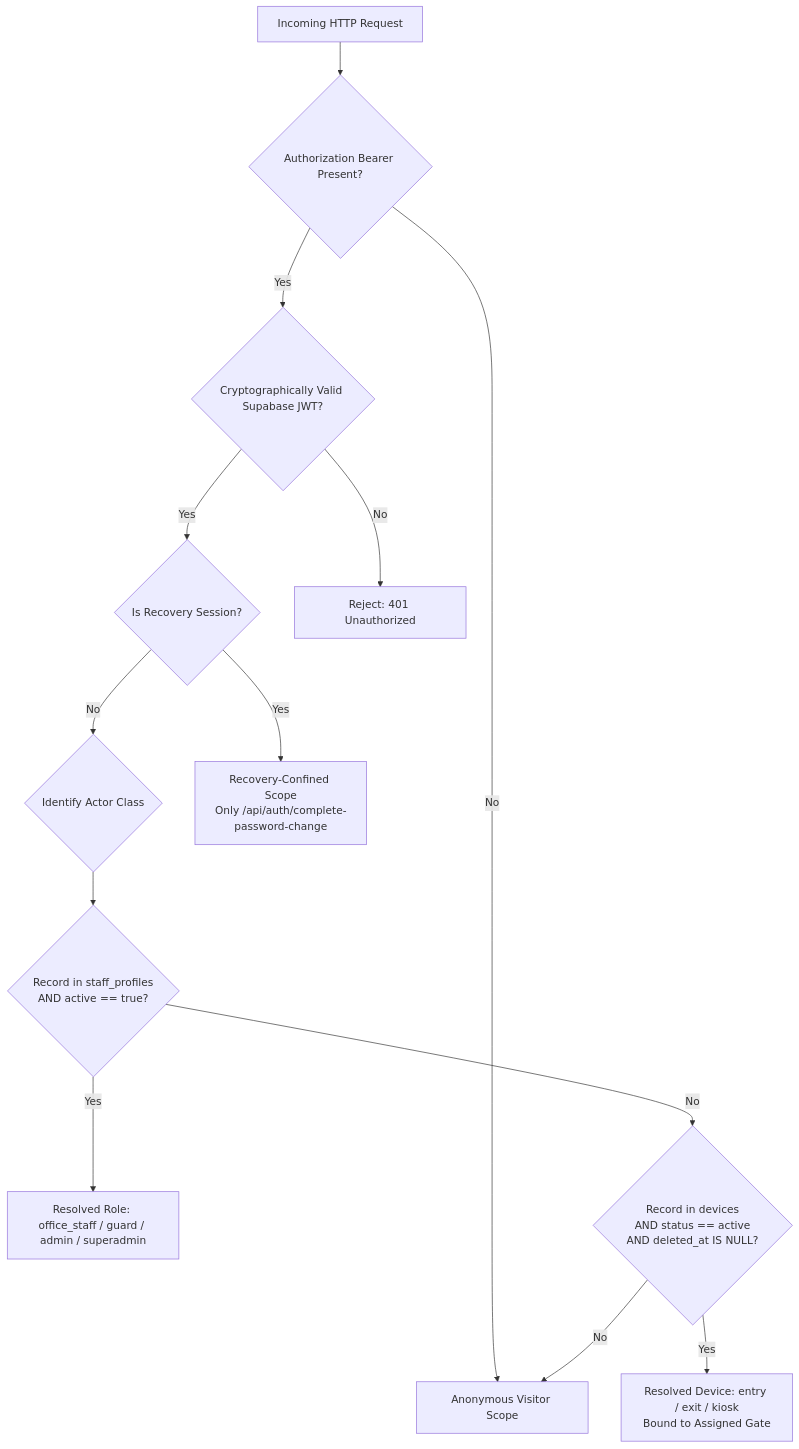
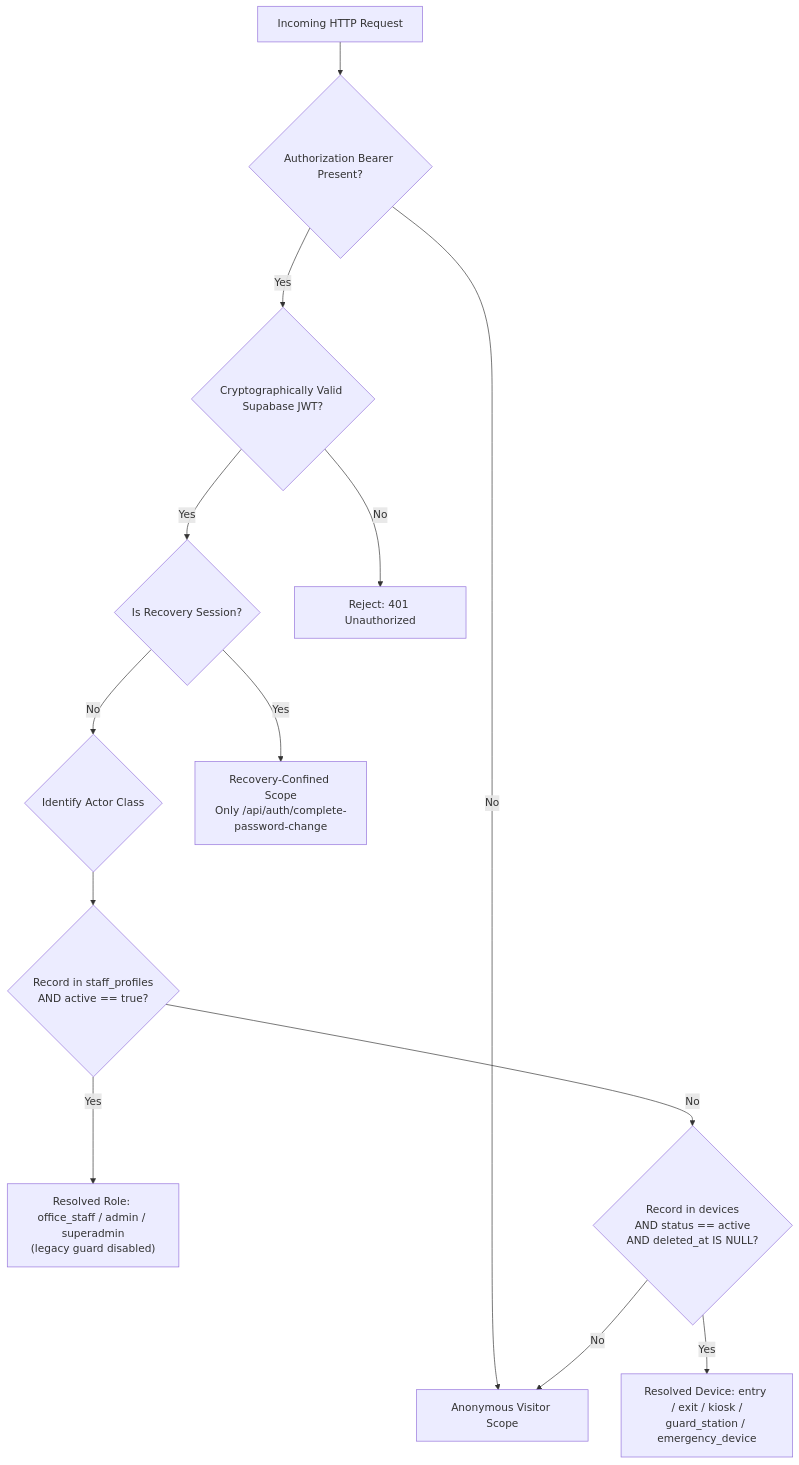
One commit to jsphhbna/egatepass changed the second of 13 diagrams in docs/SECURITY.md. Above: the diagram before and after it, drawn with Mermaid. The commit also changed other lines of this file and 59 other files, not shown here.

````diff
--- a/docs/SECURITY.md
+++ b/docs/SECURITY.md
@@ -58,24 +58,24 @@
 ```mermaid
 flowchart TD
     Req["Incoming HTTP Request"]
     AuthHeader{"Authorization Bearer Present?"}
     JWTValid{"Cryptographically Valid Supabase JWT?"}
     IsRecovery{"Is Recovery Session?"}
     ActorLookup{"Identify Actor Class"}
 
     Req --> AuthHeader
     AuthHeader -->|No| AnonVisitor["Anonymous Visitor Scope"]
     AuthHeader -->|Yes| JWTValid
     JWTValid -->|No| Reject401["Reject: 401 Unauthorized"]
     JWTValid -->|Yes| IsRecovery
 
     IsRecovery -->|Yes| RecoveryScope["Recovery-Confined Scope<br>Only /api/auth/complete-password-change"]
     IsRecovery -->|No| ActorLookup
 
     ActorLookup --> StaffCheck{"Record in staff_profiles<br>AND active == true?"}
-    StaffCheck -->|Yes| StaffRole["Resolved Role: office_staff / guard / admin / superadmin"]
+    StaffCheck -->|Yes| StaffRole["Resolved Role: office_staff / admin / superadmin<br>(legacy guard disabled)"]
     StaffCheck -->|No| DeviceCheck{"Record in devices<br>AND status == active<br>AND deleted_at IS NULL?"}
 
-    DeviceCheck -->|Yes| DeviceRole["Resolved Device: entry / exit / kiosk<br>Bound to Assigned Gate"]
+    DeviceCheck -->|Yes| DeviceRole["Resolved Device: entry / exit / kiosk /<br>guard_station / emergency_device"]
     DeviceCheck -->|No| AnonVisitor
 ```
````
